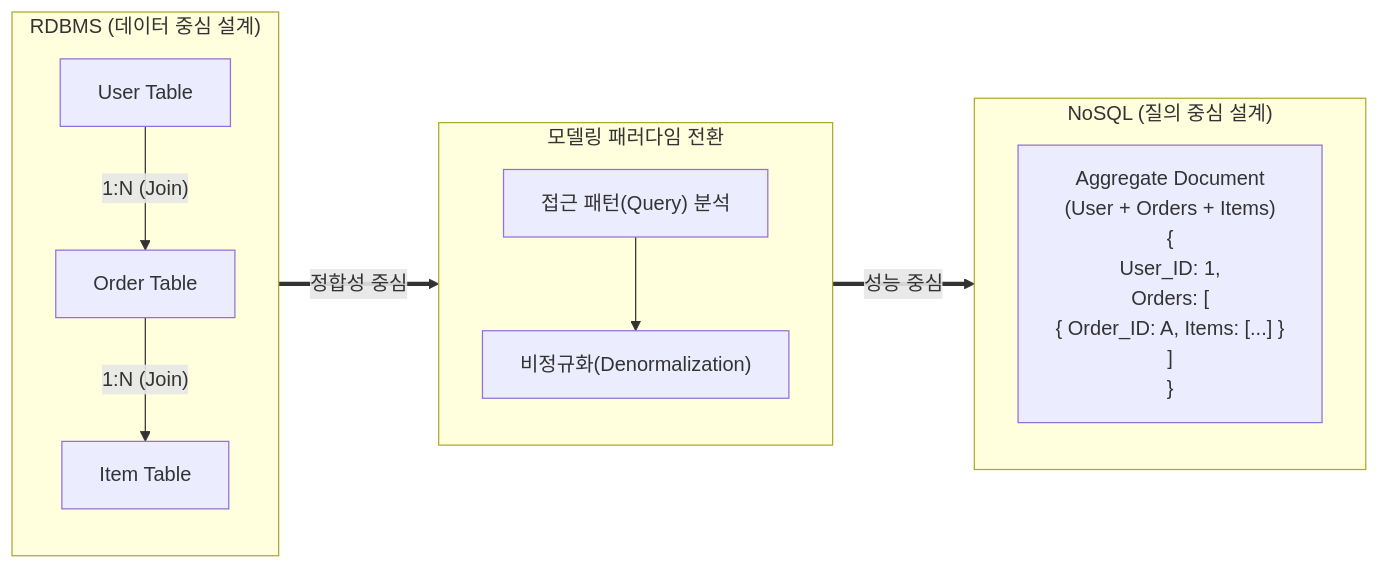
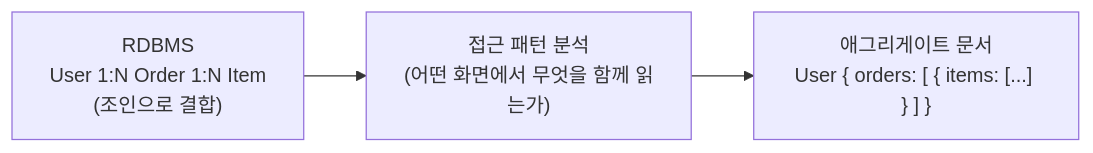
Before and after one commit to supremethumb/supremethumb.github.io: the diagram in content/01_IT Tech/NoSQL 데이터모델링 패턴.md, drawn with Mermaid. The commit also changed other lines of this file and 1087 other files, not shown here.

````diff
--- a/content/01_IT Tech/NoSQL 데이터모델링 패턴.md
+++ b/content/01_IT Tech/NoSQL 데이터모델링 패턴.md
@@ -30,24 +34,5 @@
 ```mermaid
 flowchart LR
-    subgraph RDBMS ["RDBMS (데이터 중심 설계)"]
-        direction TB
-        USER[User Table] -- "1:N (Join)" --> ORDER[Order Table]
-        ORDER -- "1:N (Join)" --> ITEM[Item Table]
-    end
-    
-    subgraph Transition ["모델링 패러다임 전환"]
-        direction TB
-        T1["접근 패턴(Query) 분석"]
-        T2["비정규화(Denormalization)"]
-        T1 --> T2
-    end
-    
-    subgraph NoSQL ["NoSQL (질의 중심 설계)"]
-        direction TB
-        DOC["Aggregate Document<br/>(User + Orders + Items)<br/>{ <br/>  User_ID: 1, <br/>  Orders: [ <br/>    { Order_ID: A, Items: [...] } <br/>  ] <br/>}"]
-    end
-    
-    RDBMS =="정합성 중심"==> Transition
-    Transition =="성능 중심"==> NoSQL
-
+    R["RDBMS<br/>User 1:N Order 1:N Item<br/>(조인으로 결합)"] --> Q["접근 패턴 분석<br/>(어떤 화면에서 무엇을 함께 읽는가)"]
+    Q --> D["애그리게이트 문서<br/>User { orders: [ { items: [...] } ] }"]
 ```
````
